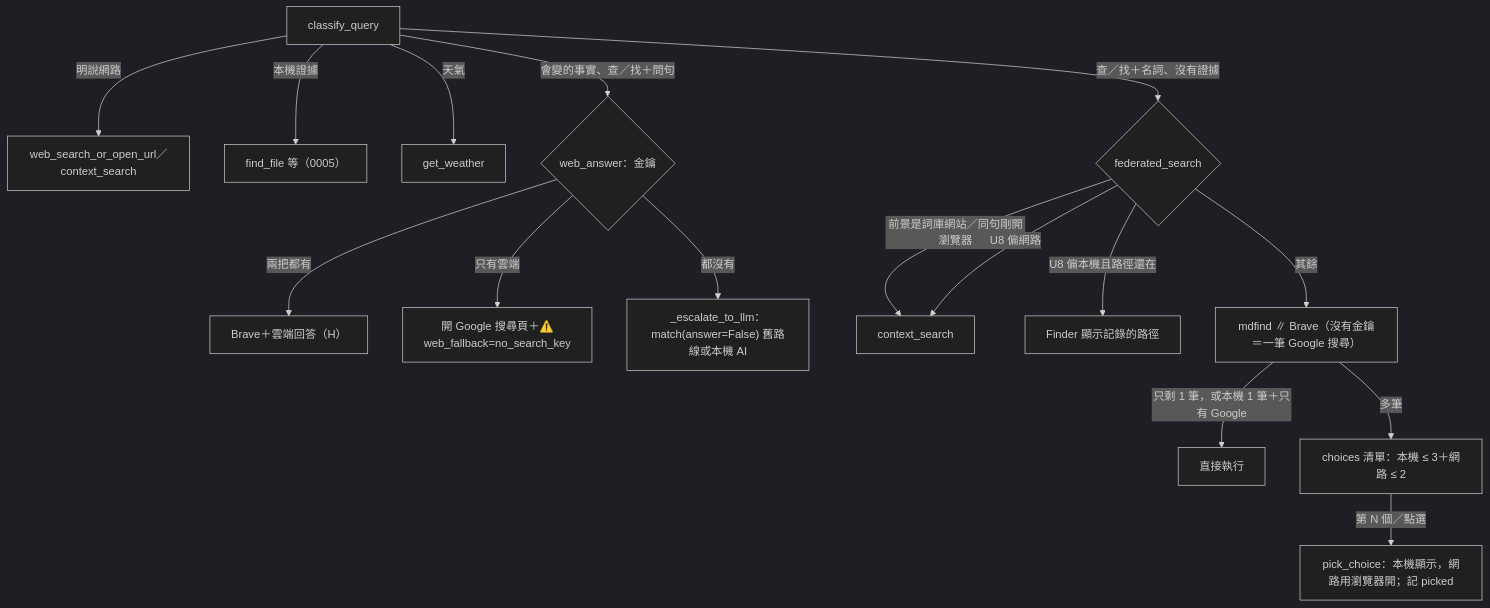
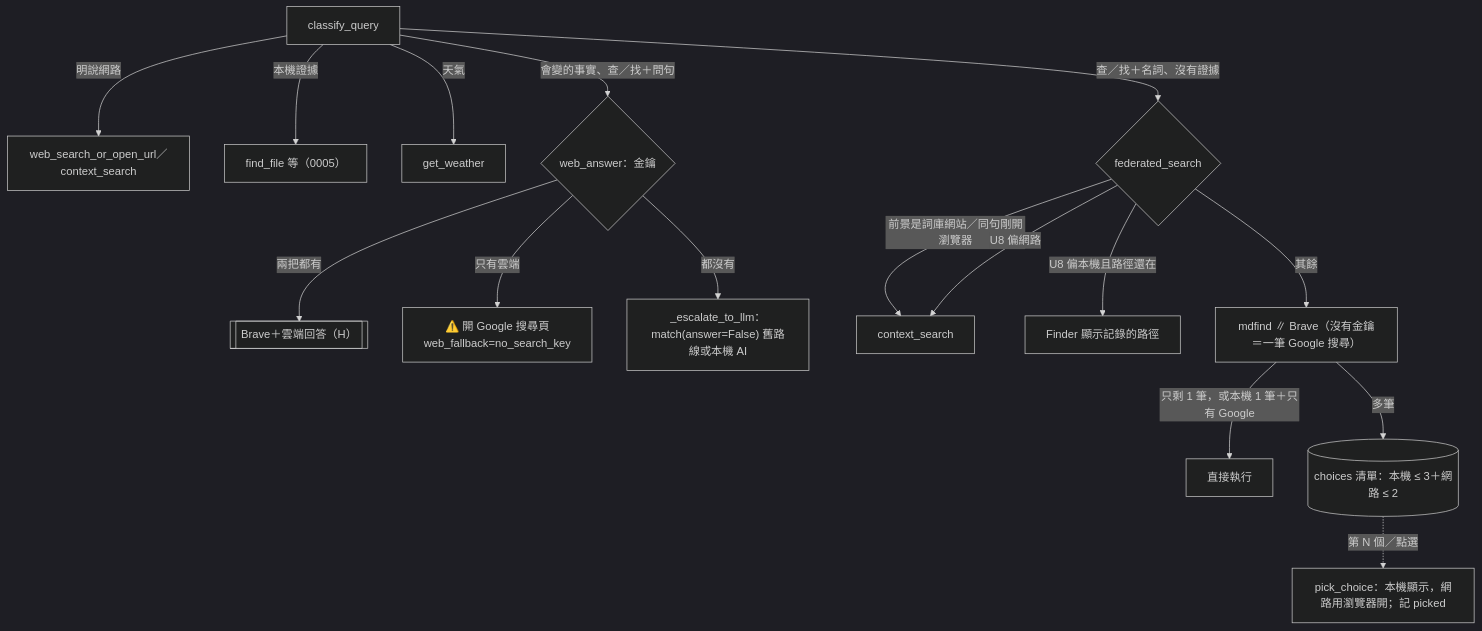
One commit to young878787/mac_ai_control changed the fifth of 5 diagrams in docs/flows/main-flow.md. Above: the diagram before and after it, drawn with Mermaid (dark theme). The commit also changed other lines of this file and 4 other files, not shown here.

Commit message:
docs: 流程圖改成新規範，加上 test_docs_flows 檢查（T1～T11）與依賴契約計畫的實測結果

````diff
--- a/docs/flows/main-flow.md
+++ b/docs/flows/main-flow.md
@@ -199,18 +214,18 @@
 ```mermaid
 flowchart TD
-    C["classify_query"] -- 明說網路 --> W["web_search_or_open_url／context_search"]
-    C -- 本機證據 --> L["find_file 等（0005）"]
-    C -- 天氣 --> G[get_weather]
-    C -- 會變的事實、查／找＋問句 --> A{web_answer：金鑰}
-    A -- 兩把都有 --> H["Brave＋雲端回答（H）"]
-    A -- 只有雲端 --> GP["開 Google 搜尋頁＋⚠️<br/>web_fallback=no_search_key"]
-    A -- 都沒有 --> E["_escalate_to_llm：match(answer=False) 舊路線或本機 AI"]
-    C -- 查／找＋名詞、沒有證據 --> F{federated_search}
-    F -- 前景是詞庫網站／同句剛開瀏覽器 --> CS[context_search]
-    F -- U8 偏本機且路徑還在 --> R[Finder 顯示記錄的路徑]
-    F -- U8 偏網路 --> CS
-    F -- 其餘 --> P["mdfind ∥ Brave（沒有金鑰＝一筆 Google 搜尋）"]
-    P -- 只剩 1 筆，或本機 1 筆＋只有 Google --> D[直接執行]
-    P -- 多筆 --> LST["choices 清單：本機 ≤ 3＋網路 ≤ 2"]
-    LST -- 第 N 個／點選 --> PK["pick_choice：本機顯示，網路用瀏覽器開；記 picked"]
+    Classify["classify_query"] -- "明說網路" --> WebSearch["web_search_or_open_url／context_search"]
+    Classify -- "本機證據" --> FindFile["find_file 等（0005）"]
+    Classify -- "天氣" --> Weather["get_weather"]
+    Classify -- "會變的事實、查／找＋問句" --> Keys{"web_answer：金鑰"}
+    Keys -- "兩把都有" --> BraveAnswer[["Brave＋雲端回答（H）"]]
+    Keys -- "只有雲端" --> GooglePage["⚠️ 開 Google 搜尋頁<br/>web_fallback=no_search_key"]
+    Keys -- "都沒有" --> Escalate["_escalate_to_llm：match(answer=False) 舊路線或本機 AI"]
+    Classify -- "查／找＋名詞、沒有證據" --> Federated{"federated_search"}
+    Federated -- "前景是詞庫網站／同句剛開瀏覽器" --> ContextSearch["context_search"]
+    Federated -- "U8 偏本機且路徑還在" --> Reveal["Finder 顯示記錄的路徑"]
+    Federated -- "U8 偏網路" --> ContextSearch
+    Federated -- "其餘" --> Parallel["mdfind ∥ Brave（沒有金鑰＝一筆 Google 搜尋）"]
+    Parallel -- "只剩 1 筆，或本機 1 筆＋只有 Google" --> Direct["直接執行"]
+    Parallel -- "多筆" --> Choices[("choices 清單：本機 ≤ 3＋網路 ≤ 2")]
+    Choices -. "第 N 個／點選" .-> Pick["pick_choice：本機顯示，網路用瀏覽器開；記 picked"]
 ```
````
